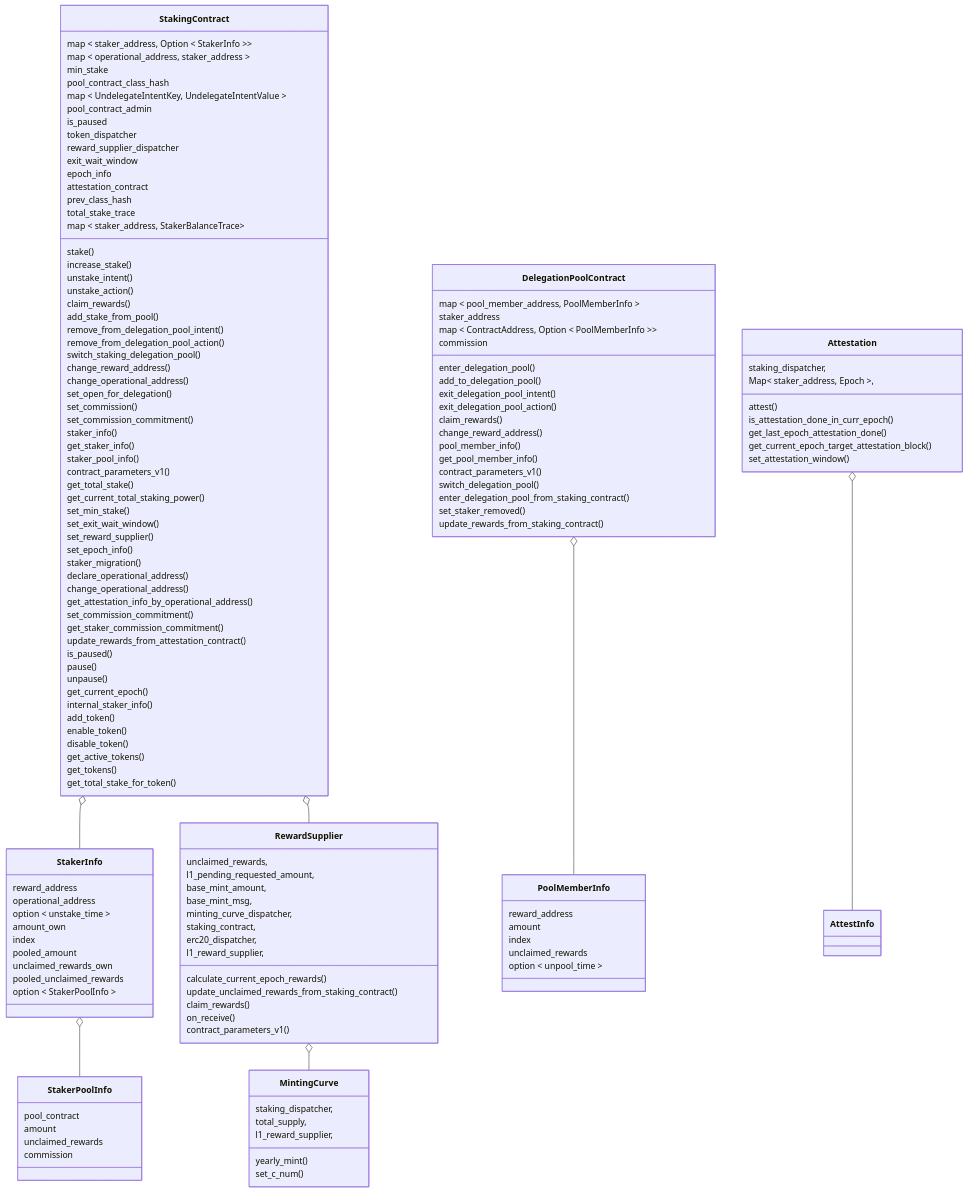
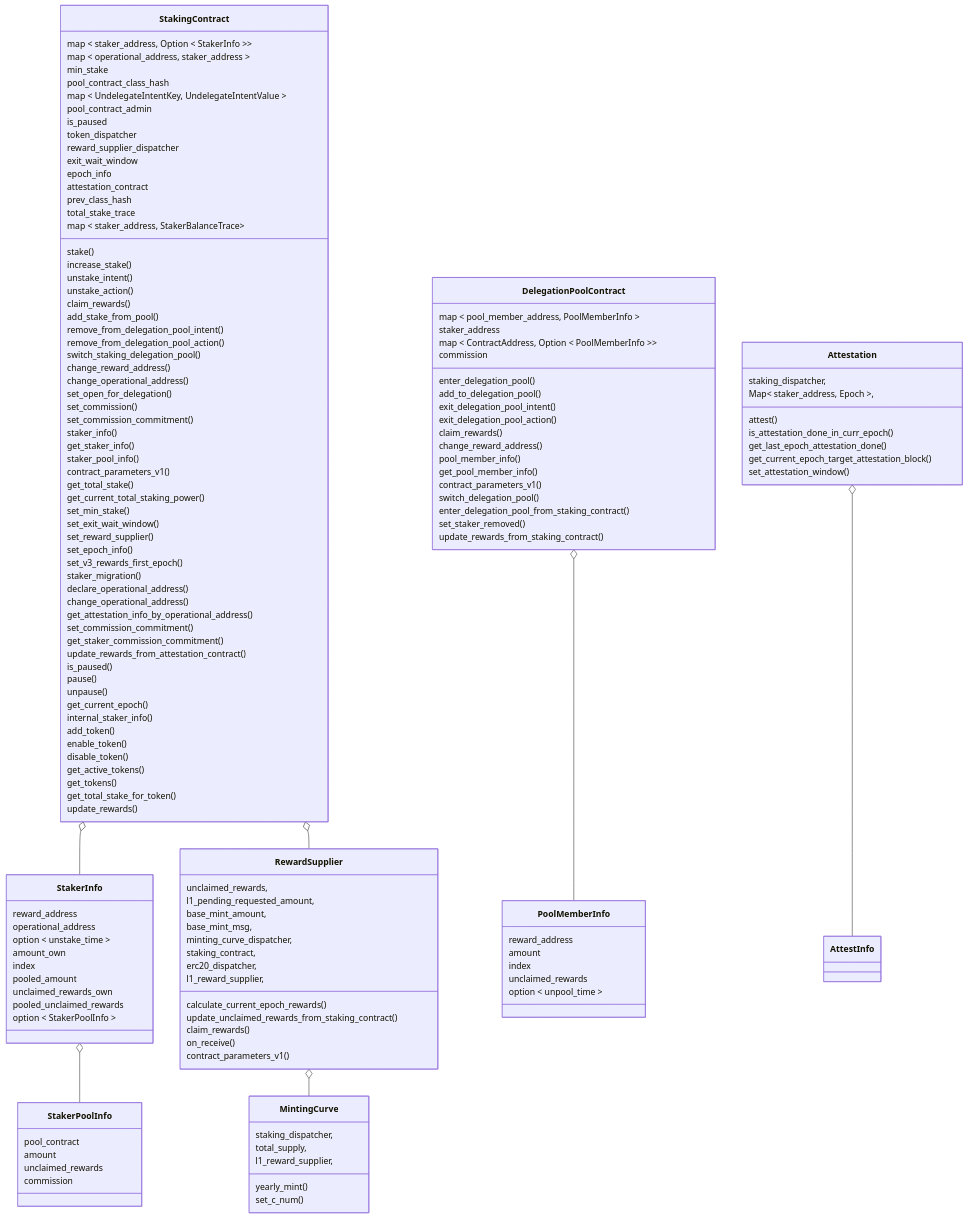
The first of 8 diagrams in docs/spec.md (starkware-libs/starknet-staking), drawn with Mermaid before and after one commit. The commit also changed other lines of this file and 45 other files, not shown here.

```diff
--- a/docs/spec.md
+++ b/docs/spec.md
@@ -301,6 +313,7 @@
     set_exit_wait_window()
     set_reward_supplier()
     set_epoch_info()
+    set_v3_rewards_first_epoch()
     staker_migration()
     declare_operational_address()
     change_operational_address()
@@ -319,6 +332,7 @@
     get_active_tokens()
     get_tokens()
     get_total_stake_for_token()
+    update_rewards()
   }
   class DelegationPoolContract{
     map < pool_member_address, PoolMemberInfo >
```
